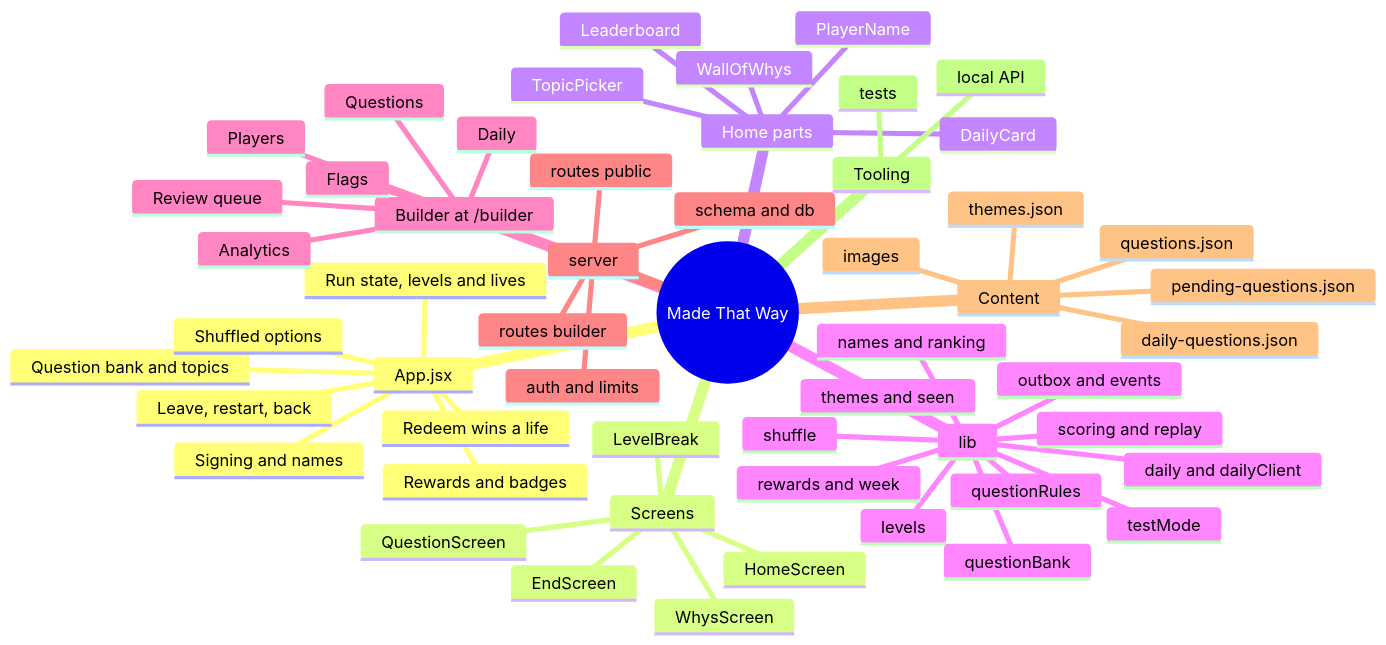
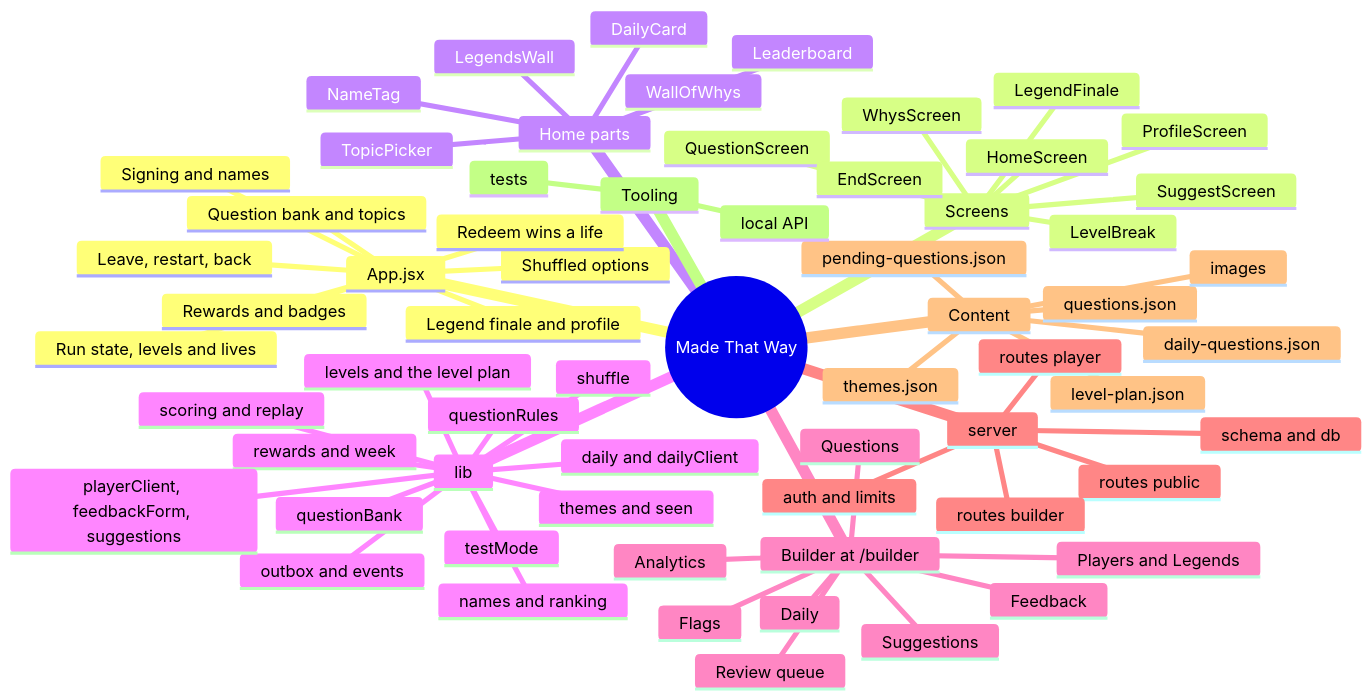
The diagram in docs/code-map.md (robinkuriakose/made-that-way), drawn with Mermaid before and after one commit. The commit also changed other lines of this file and 63 other files, not shown here.

First line of the commit message:
Round 12: difficulty tiers, Legend finale, profiles, suggestions, feedback, new home, builder tabs

````diff
--- a/docs/code-map.md
+++ b/docs/code-map.md
@@ -7,57 +7,67 @@
 ```mermaid
 mindmap
   root((Made That Way))
     App.jsx
       Run state, levels and lives
       Question bank and topics
       Shuffled options
       Leave, restart, back
       Redeem wins a life
       Rewards and badges
       Signing and names
+      Legend finale and profile
     Screens
       HomeScreen
       QuestionScreen
       LevelBreak
       EndScreen
       WhysScreen
+      LegendFinale
+      ProfileScreen
+      SuggestScreen
     Home parts
       DailyCard
       WallOfWhys
-      PlayerName
+      NameTag
+      LegendsWall
       Leaderboard
       TopicPicker
     lib
       scoring and replay
-      levels
+      levels and the level plan
       rewards and week
       shuffle
       themes and seen
       daily and dailyClient
       names and ranking
       questionBank
       questionRules
       outbox and events
       testMode
+      playerClient, feedbackForm, suggestions
     Builder at /builder
       Review queue
       Questions
       Daily
       Flags
-      Players
+      Suggestions
+      Players and Legends
+      Feedback
       Analytics
     server
       routes public
       routes builder
+      routes player
       schema and db
       auth and limits
     Content
       questions.json
       pending-questions.json
       daily-questions.json
       themes.json
+      level-plan.json
       images
     Tooling
       local API
       tests
 ```
````
